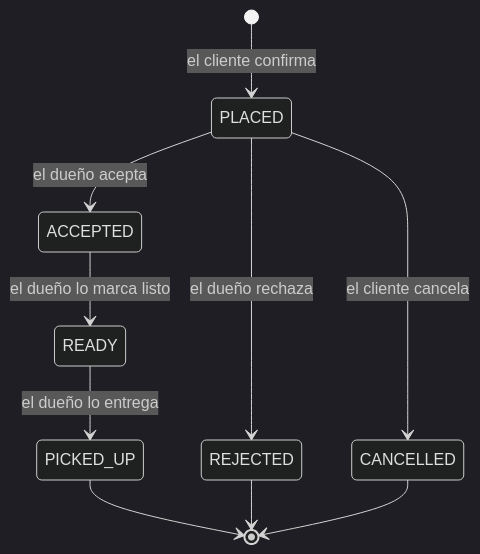
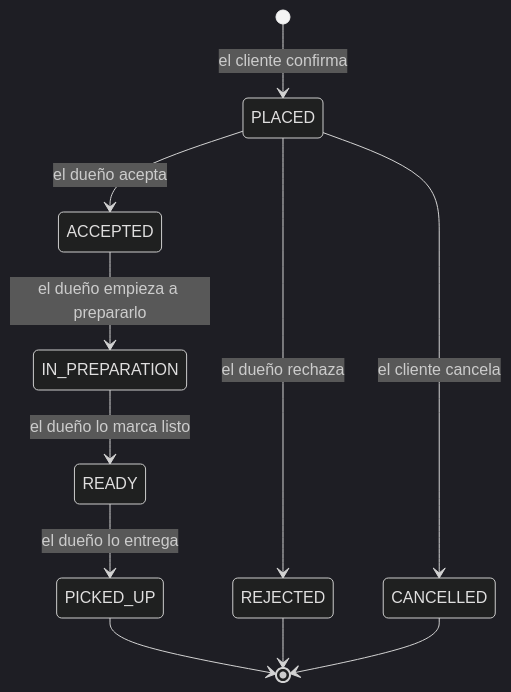
One commit to odvprogra/pedidos changed the second of 2 diagrams in docs/modelo-de-datos.md. Above: the diagram before and after it, drawn with Mermaid (dark theme). The commit also changed other lines of this file and 13 other files, not shown here.

````diff
--- a/docs/modelo-de-datos.md
+++ b/docs/modelo-de-datos.md
@@ -221,12 +221,13 @@
 ```mermaid
 stateDiagram-v2
     [*] --> PLACED: el cliente confirma
     PLACED --> ACCEPTED: el dueño acepta
     PLACED --> REJECTED: el dueño rechaza
     PLACED --> CANCELLED: el cliente cancela
-    ACCEPTED --> READY: el dueño lo marca listo
+    ACCEPTED --> IN_PREPARATION: el dueño empieza a prepararlo
+    IN_PREPARATION --> READY: el dueño lo marca listo
     READY --> PICKED_UP: el dueño lo entrega
     PICKED_UP --> [*]
     REJECTED --> [*]
     CANCELLED --> [*]
 ```
````
